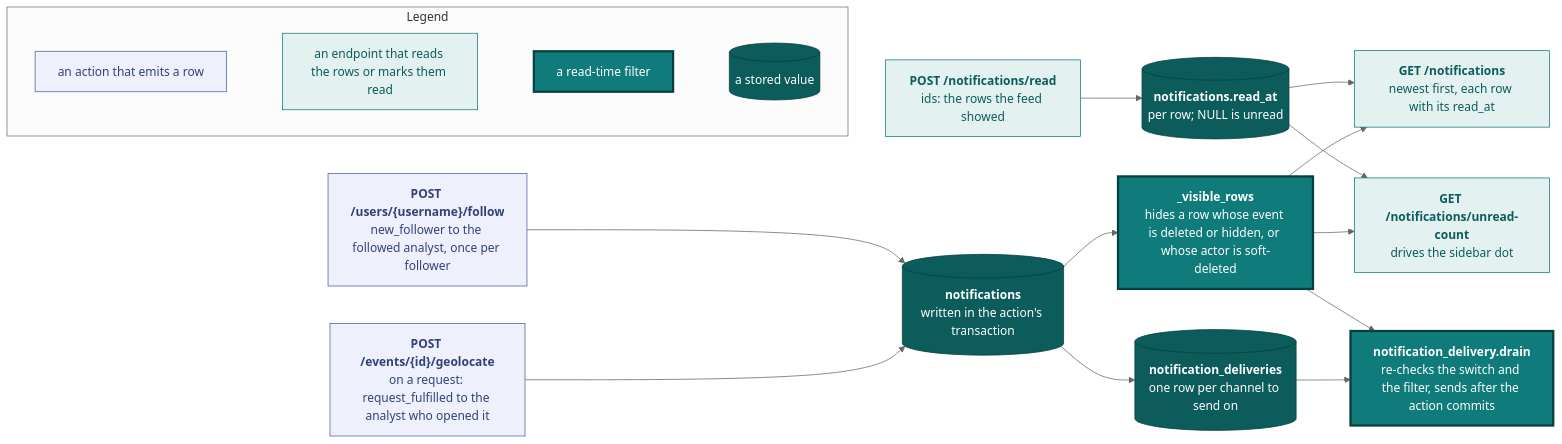
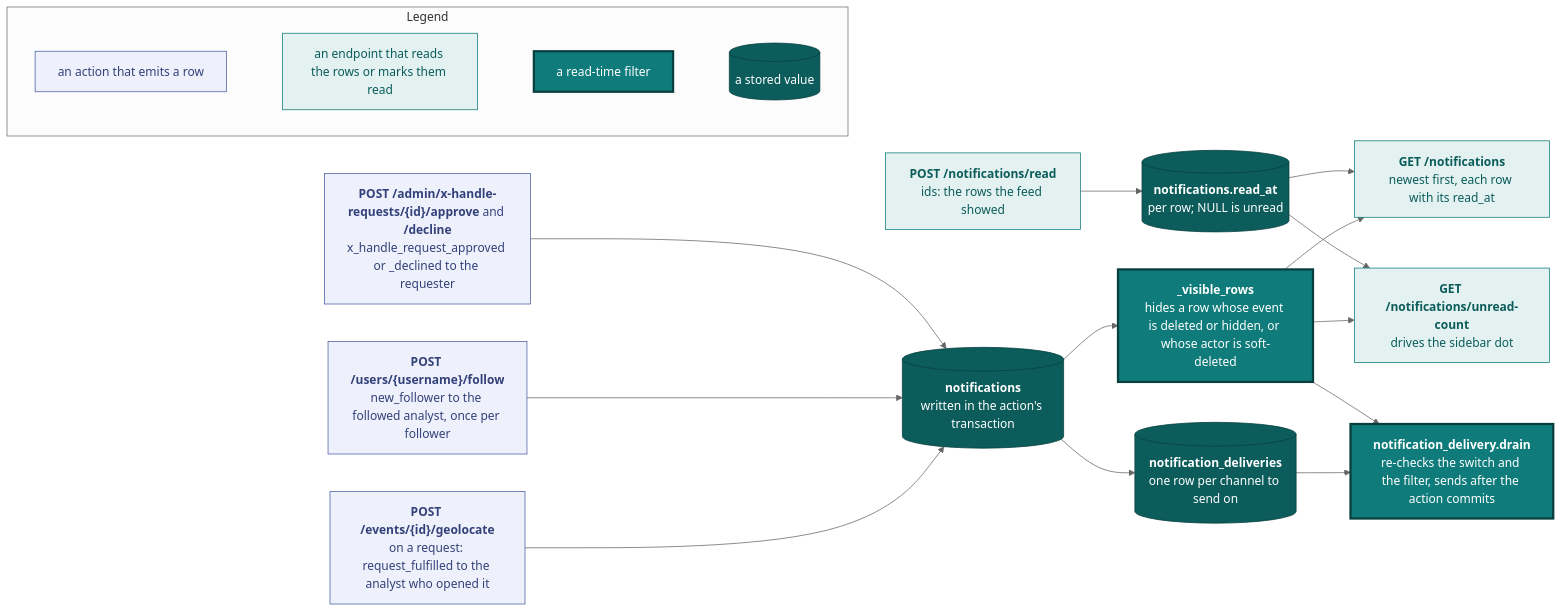
The fourth of 4 diagrams in docs/api.md (vidithq/vidit), drawn with Mermaid (neutral theme) before and after one commit. The commit also changed other lines of this file and 32 other files, not shown here.

First line of the commit message:
feat: request a change of the bound X handle from Settings (#567)

````diff
--- a/docs/api.md
+++ b/docs/api.md
@@ -1907,48 +2003,51 @@
 ```mermaid
 flowchart LR
   classDef spec fill:#eef1fb,stroke:#4a5fa5,color:#33417a
   classDef shared fill:#e3f2f1,stroke:#0f7b7a,color:#0b5c5b
   classDef core fill:#0f7b7a,stroke:#083f3e,stroke-width:3px,color:#ffffff
   classDef store fill:#0b5c5b,stroke:#083f3e,color:#ffffff
 
   subgraph legend [Legend]
     direction LR
     l1["`an action that emits a row`"]:::spec
     l2["`an endpoint that reads the rows or marks them read`"]:::shared
     l3["`a read-time filter`"]:::core
     l4[("`a stored value`")]:::store
     l1 ~~~ l2 ~~~ l3 ~~~ l4
   end
 
   geolocate["`**POST /events/{id}/geolocate**
   on a request: request_fulfilled to the analyst who opened it`"]:::spec
   follow["`**POST /users/{username}/follow**
   new_follower to the followed analyst, once per follower`"]:::spec
+  xhandle["`**POST /admin/x-handle-requests/{id}/approve** and **/decline**
+  x_handle_request_approved or _declined to the requester`"]:::spec
   rows[("`**notifications**
   written in the action's transaction`")]:::store
   visible["`**_visible_rows**
   hides a row whose event is deleted or hidden, or whose actor is soft-deleted`"]:::core
   feed["`**GET /notifications**
   newest first, each row with its read_at`"]:::shared
   count["`**GET /notifications/unread-count**
   drives the sidebar dot`"]:::shared
   read["`**POST /notifications/read**
   ids: the rows the feed showed`"]:::shared
   readat[("`**notifications.read_at**
   per row; NULL is unread`")]:::store
   queue[("`**notification_deliveries**
   one row per channel to send on`")]:::store
   worker["`**notification_delivery.drain**
   re-checks the switch and the filter, sends after the action commits`"]:::core
 
   geolocate --> rows
   follow --> rows
+  xhandle --> rows
   rows --> visible
   visible --> feed
   visible --> count
   read --> readat
   readat --> count
   readat --> feed
   rows --> queue --> worker
   visible --> worker
 ```
````
